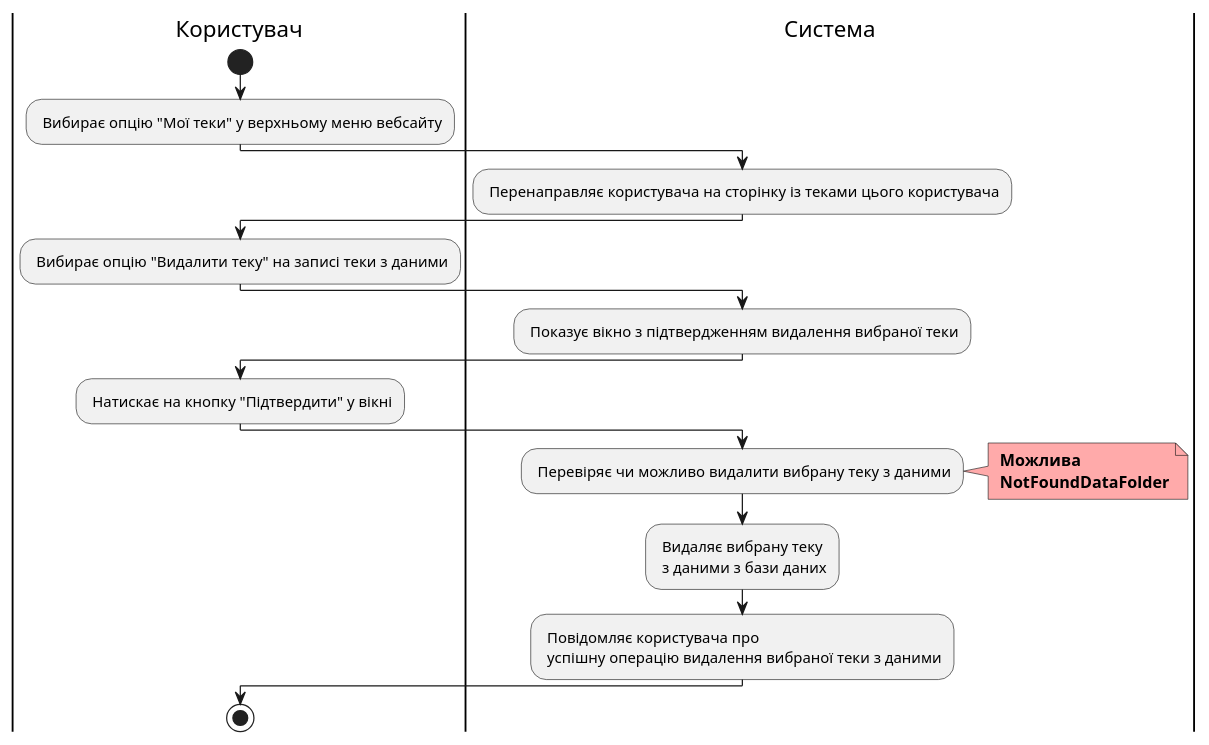
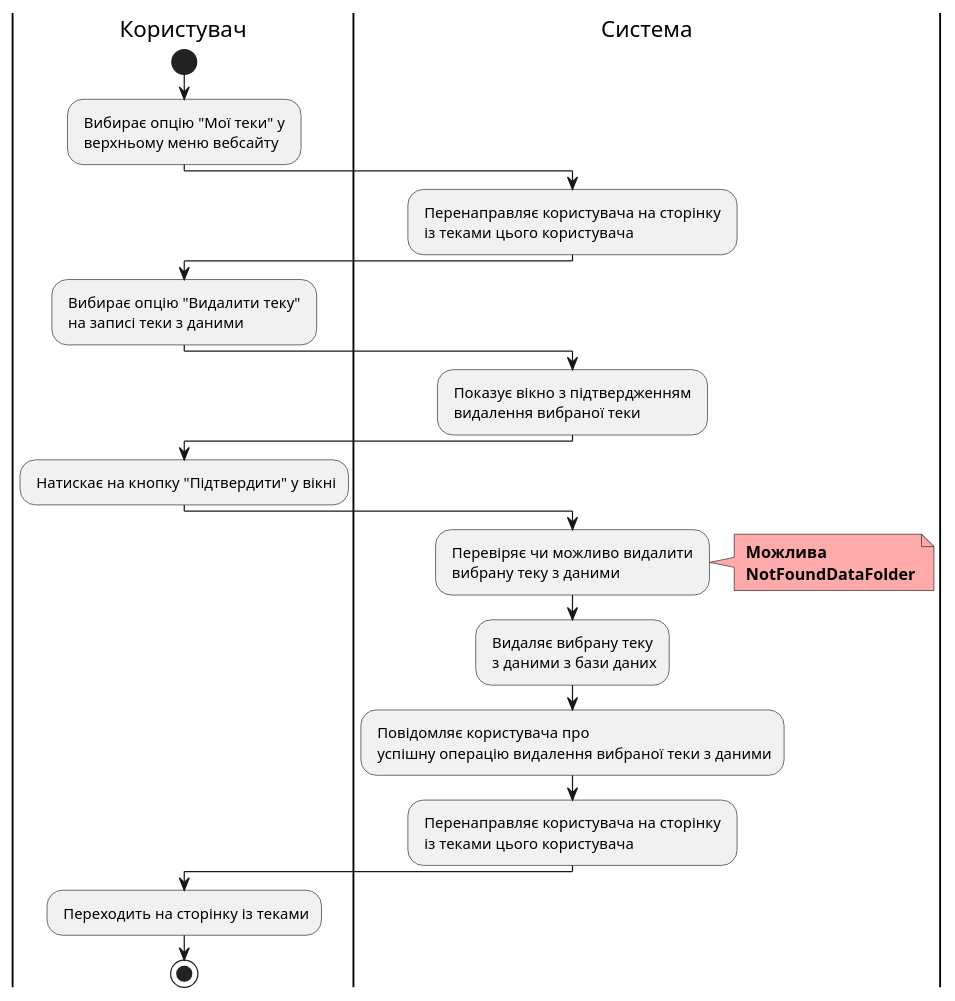
One commit to edu-db/edu_db_labs changed diagram 17 of 23 in docs/use cases/README.md. Above: the diagram before and after it, drawn with PlantUML. The commit also changed other lines of this file and 1 other file, not shown here.

Commit message:
fix:  DeleteDataFolder usage scenario

```diff
--- a/docs/use cases/README.md
+++ b/docs/use cases/README.md
@@ -657,32 +659,34 @@
 @startuml
 
     |Користувач|
     start;
-    : Вибирає опцію "Мої теки" у верхньому меню вебсайту;
+    : Вибирає опцію "Мої теки" у \n верхньому меню вебсайту;
 
     |Система|
-    : Перенаправляє користувача на сторінку із теками цього користувача;
+    : Перенаправляє користувача на сторінку \n із теками цього користувача;
 
     |Користувач|
-    : Вибирає опцію "Видалити теку" на записі теки з даними;
+    : Вибирає опцію "Видалити теку" \n на записі теки з даними;
 
     |Система|
-    : Показує вікно з підтвердженням видалення вибраної теки;
+    : Показує вікно з підтвердженням \n видалення вибраної теки;
 
     |Користувач|
     : Натискає на кнопку "Підтвердити" у вікні;
 
     |Система|
-    : Перевіряє чи можливо видалити вибрану теку з даними;
+    : Перевіряє чи можливо видалити \n вибрану теку з даними;
     note right #ffaaaa
     <b> Можлива
     <b> NotFoundDataFolder
     end note
 
     : Видаляє вибрану теку \n з даними з бази даних;
     : Повідомляє користувача про \n успішну операцію видалення вибраної теки з даними;
+    : Перенаправляє користувача на сторінку \n із теками цього користувача;
 
     |Користувач|
+    : Переходить на сторінку із теками;
     stop;
 
 @enduml
```
